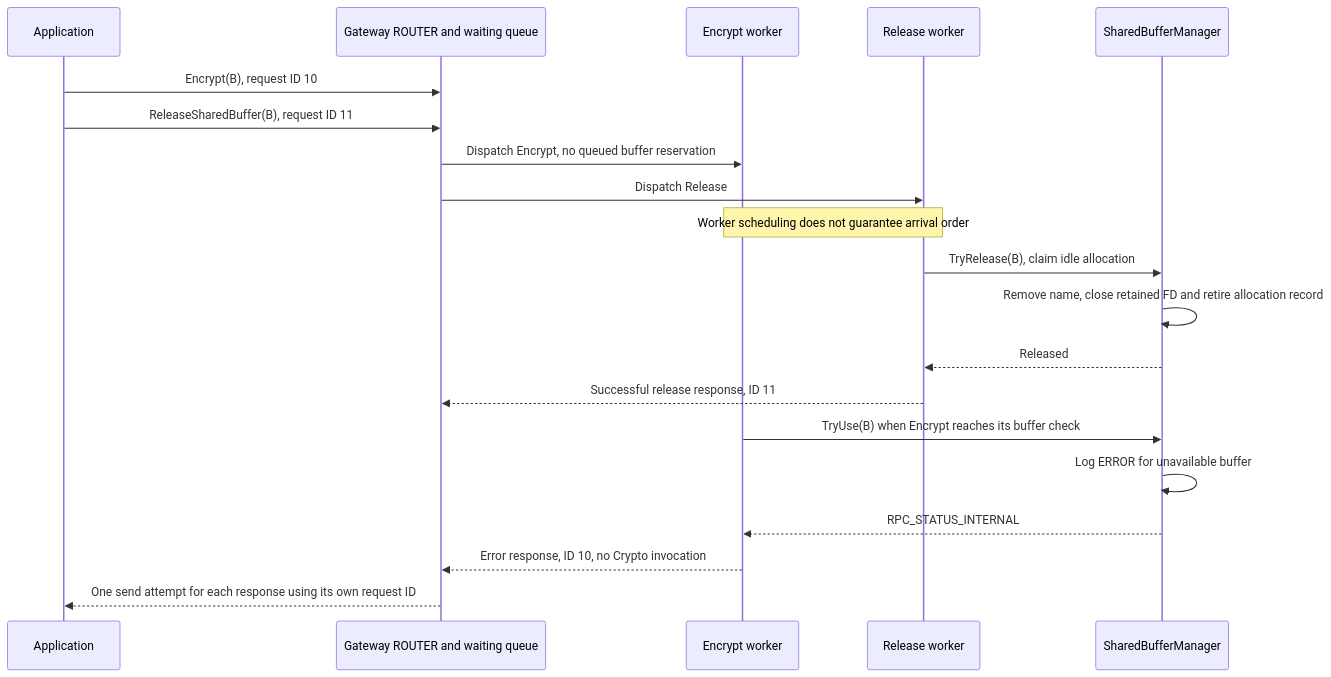
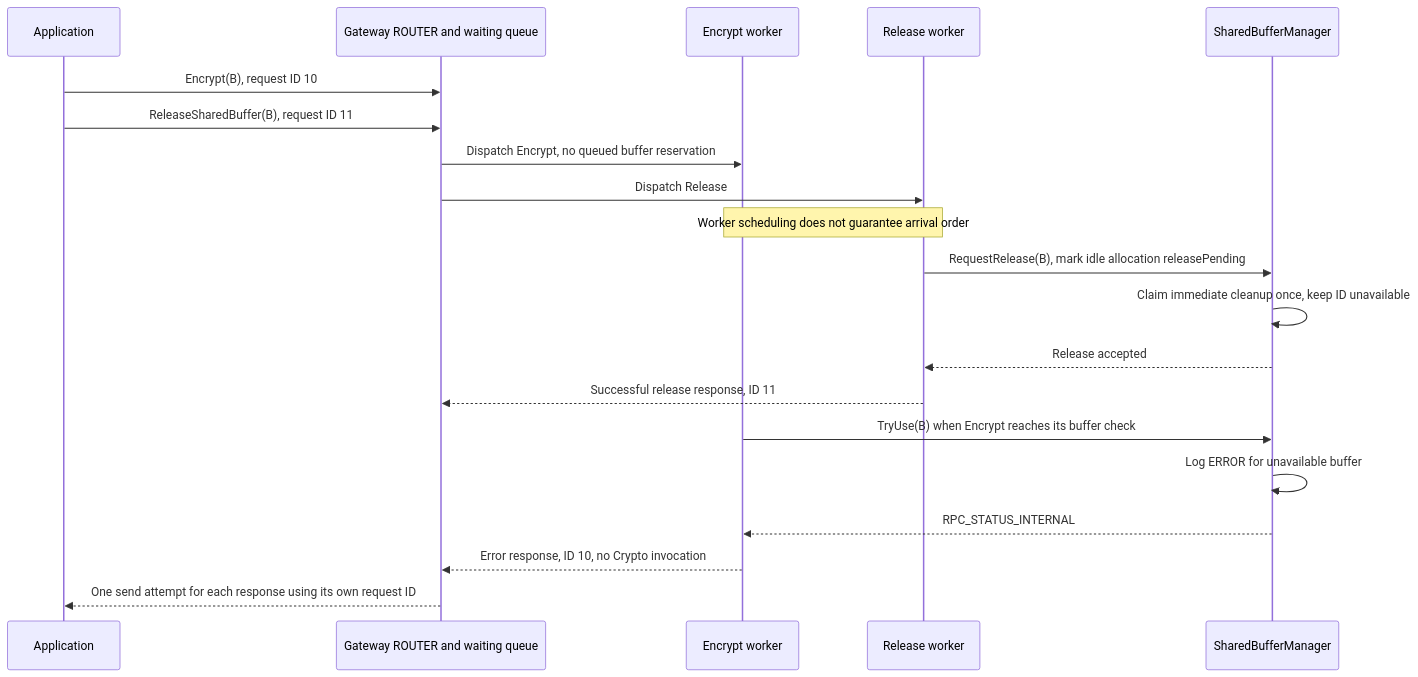
Before and after one commit to rdkcentral/eyil-secure-gateway: diagram 29 of 37 in doc/EyilSecureGateway.md, drawn with Mermaid. The commit also changed other lines of this file, not shown here.

````diff
--- a/doc/EyilSecureGateway.md
+++ b/doc/EyilSecureGateway.md
@@ -3907,22 +4080,22 @@
 ```mermaid
 sequenceDiagram
     participant A as Application
     participant R as Gateway ROUTER and waiting queue
     participant E as Encrypt worker
     participant F as Release worker
     participant B as SharedBufferManager
     A->>R: Encrypt(B), request ID 10
     A->>R: ReleaseSharedBuffer(B), request ID 11
     R->>E: Dispatch Encrypt, no queued buffer reservation
     R->>F: Dispatch Release
     Note over E,F: Worker scheduling does not guarantee arrival order
-    F->>B: TryRelease(B), claim idle allocation
-    B->>B: Remove name, close retained FD and retire allocation record
-    B-->>F: Released
+    F->>B: RequestRelease(B), mark idle allocation releasePending
+    B->>B: Claim immediate cleanup once, keep ID unavailable
+    B-->>F: Release accepted
     F-->>R: Successful release response, ID 11
     E->>B: TryUse(B) when Encrypt reaches its buffer check
     B->>B: Log ERROR for unavailable buffer
     B-->>E: RPC_STATUS_INTERNAL
     E-->>R: Error response, ID 10, no Crypto invocation
     R-->>A: One send attempt for each response using its own request ID
 ```
````
